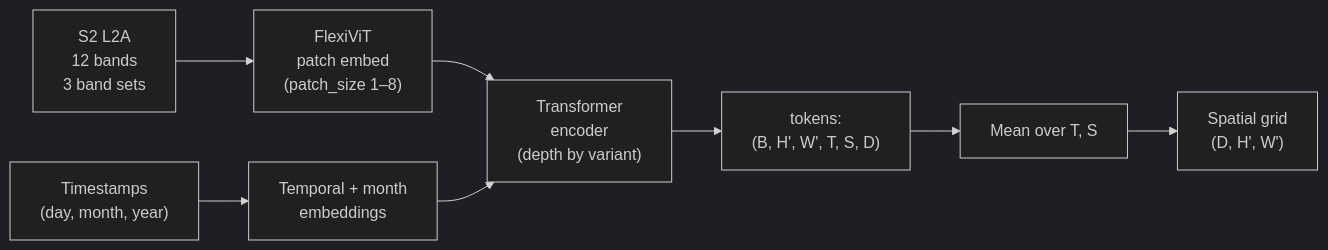
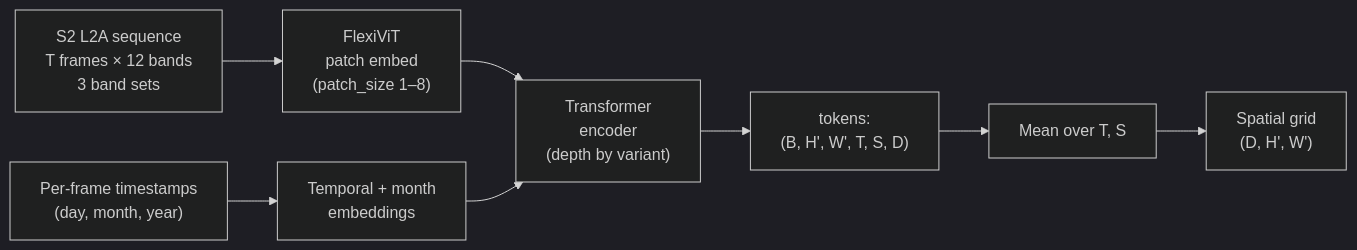
One commit to cybergis/rs-embed changed the second of 2 diagrams in docs/models/olmoearth.md. Above: the diagram before and after it, drawn with Mermaid (dark theme). The commit also changed other lines of this file, not shown here.

````diff
--- a/docs/models/olmoearth.md
+++ b/docs/models/olmoearth.md
@@ -73,10 +79,10 @@
 ```mermaid
 flowchart LR
-    S2["S2 L2A\n12 bands\n3 band sets"] --> PE["FlexiViT\npatch embed\n(patch_size 1–8)"]
-    TS["Timestamps\n(day, month, year)"] --> TE["Temporal + month\nembeddings"]
+    S2["S2 L2A sequence\nT frames × 12 bands\n3 band sets"] --> PE["FlexiViT\npatch embed\n(patch_size 1–8)"]
+    TS["Per-frame timestamps\n(day, month, year)"] --> TE["Temporal + month\nembeddings"]
     PE --> ATTN["Transformer\nencoder\n(depth by variant)"]
     TE --> ATTN
     ATTN --> OUT["tokens:\n(B, H', W', T, S, D)"]
     OUT --> MEAN["Mean over T, S"]
     MEAN --> RESULT["Spatial grid\n(D, H', W')"]
 ```
````
